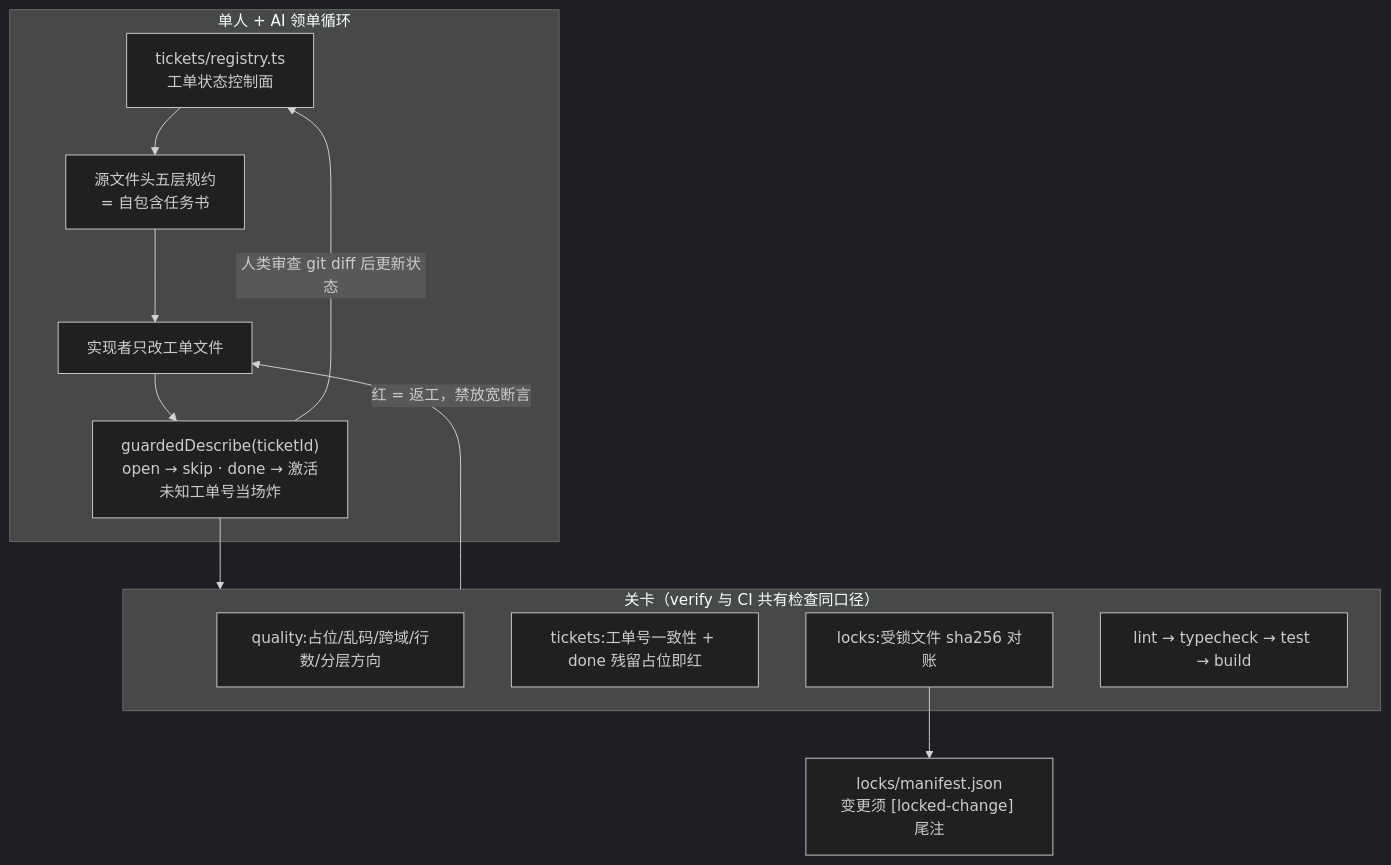
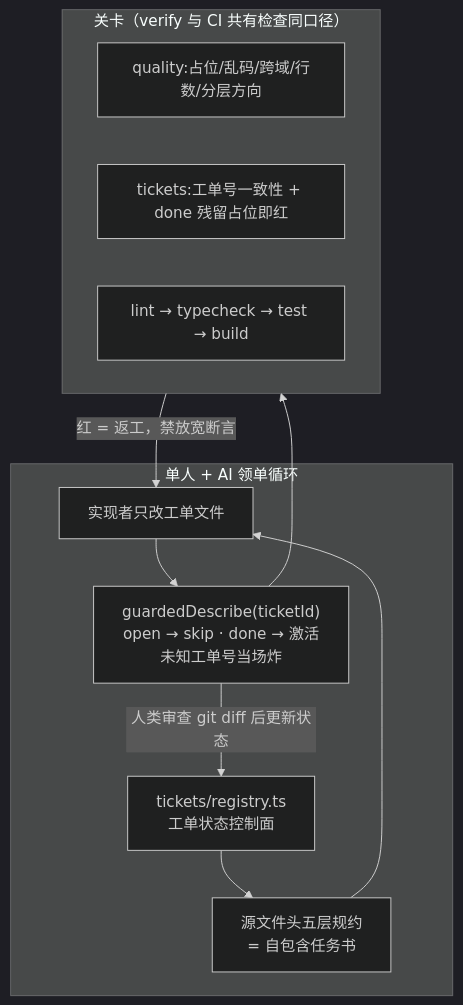
The fifth of 6 diagrams in docs/architecture.md (yyx20040712/Synapse), drawn with Mermaid (dark theme) before and after one commit. The commit also changed other lines of this file and 7 other files, not shown here.

````diff
--- a/docs/architecture.md
+++ b/docs/architecture.md
@@ -306,20 +305,18 @@
 ```mermaid
 flowchart TB
   subgraph LOOP["单人 + AI 领单循环"]
     RG2["tickets/registry.ts<br/>工单状态控制面"]
     SPEC["源文件头五层规约<br/>= 自包含任务书"]
     IMPL["实现者只改工单文件"]
     GD["guardedDescribe(ticketId)<br/>open → skip · done → 激活<br/>未知工单号当场炸"]
     RG2 --> SPEC --> IMPL --> GD
     GD -->|"人类审查 git diff 后更新状态"| RG2
   end
   subgraph GATES["关卡（verify 与 CI 共有检查同口径）"]
     Q["quality:占位/乱码/跨域/行数/分层方向"]
     T["tickets:工单号一致性 + done 残留占位即红"]
-    LK["locks:受锁文件 sha256 对账"]
     V["lint → typecheck → test → build"]
   end
   GD --> GATES
   GATES -->|"红 = 返工，禁放宽断言"| IMPL
-  LK --> MANIFEST["locks/manifest.json<br/>变更须 [locked-change] 尾注"]
 ```
````
